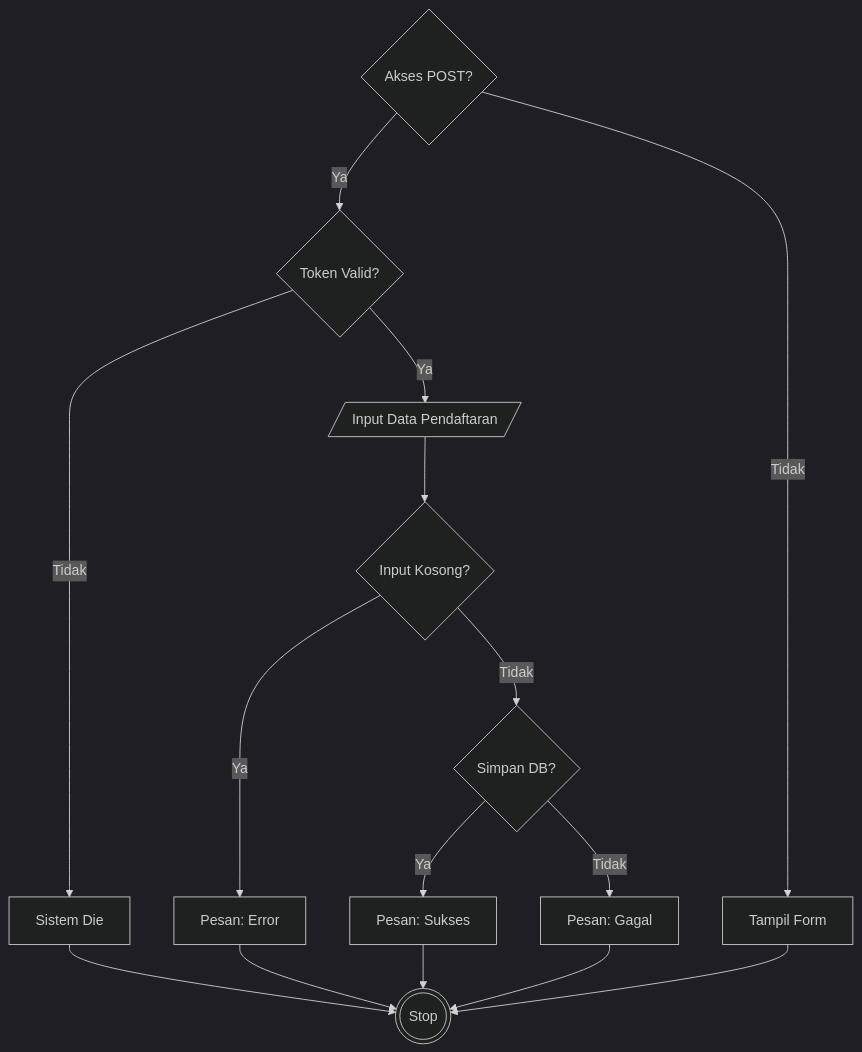
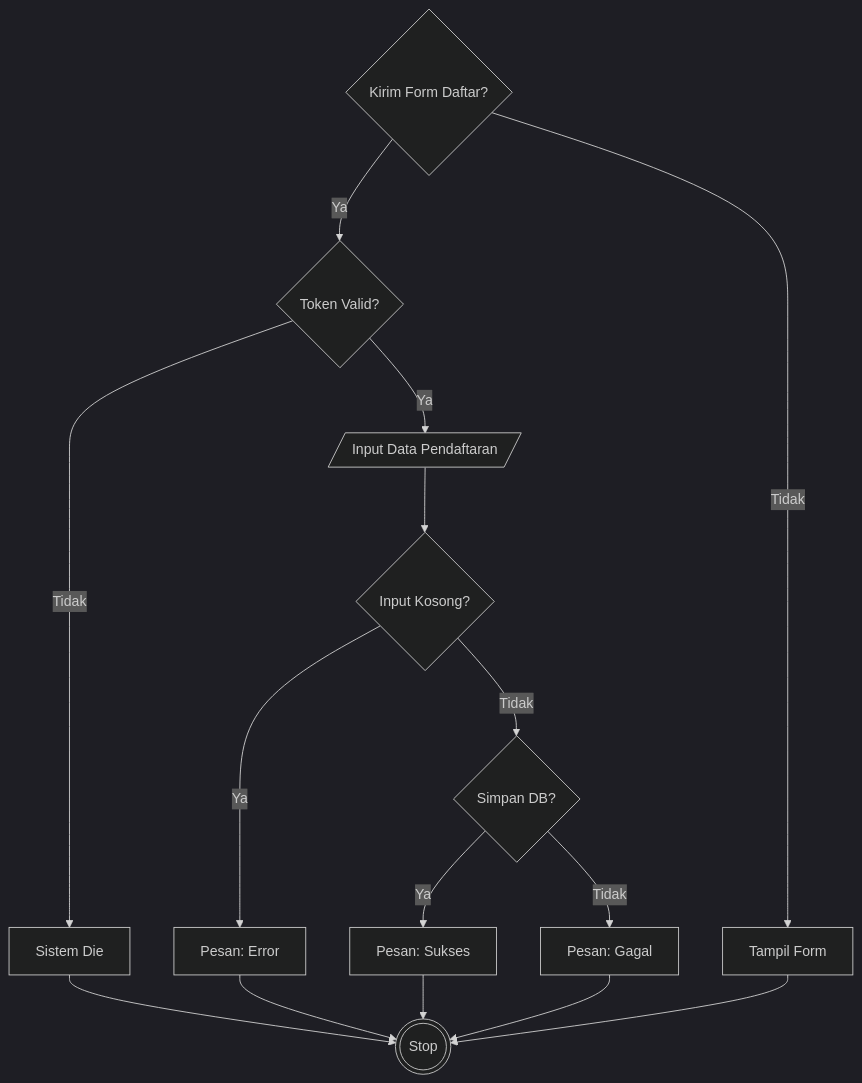
The third of 8 diagrams in docs/07_PENGUJIAN_WHITE_BOX.md (arbain-dev/Web_fikom), drawn with Mermaid (dark theme) before and after one commit. The commit also changed other lines of this file, not shown here.

````diff
--- a/docs/07_PENGUJIAN_WHITE_BOX.md
+++ b/docs/07_PENGUJIAN_WHITE_BOX.md
@@ -143,21 +143,21 @@
 ```mermaid
 flowchart TD
-    1{Akses POST?} -->|Ya| 2{Token Valid?}
+    1{Kirim Form Daftar?} -->|Ya| 2{Token Valid?}
     1 -->|Tidak| 10[Tampil Form]
     
     2 -->|Tidak| 3[Sistem Die]
     2 -->|Ya| 4[/Input Data Pendaftaran/]
     
     4 --> 5{Input Kosong?}
     5 -->|Ya| 6[Pesan: Error]
     5 -->|Tidak| 7{Simpan DB?}
     
     7 -->|Ya| 8[Pesan: Sukses]
     7 -->|Tidak| 9[Pesan: Gagal]
     
     3 --> 11(((Stop)))
     6 --> 11
     8 --> 11
     9 --> 11
     10 --> 11
 ```
````
